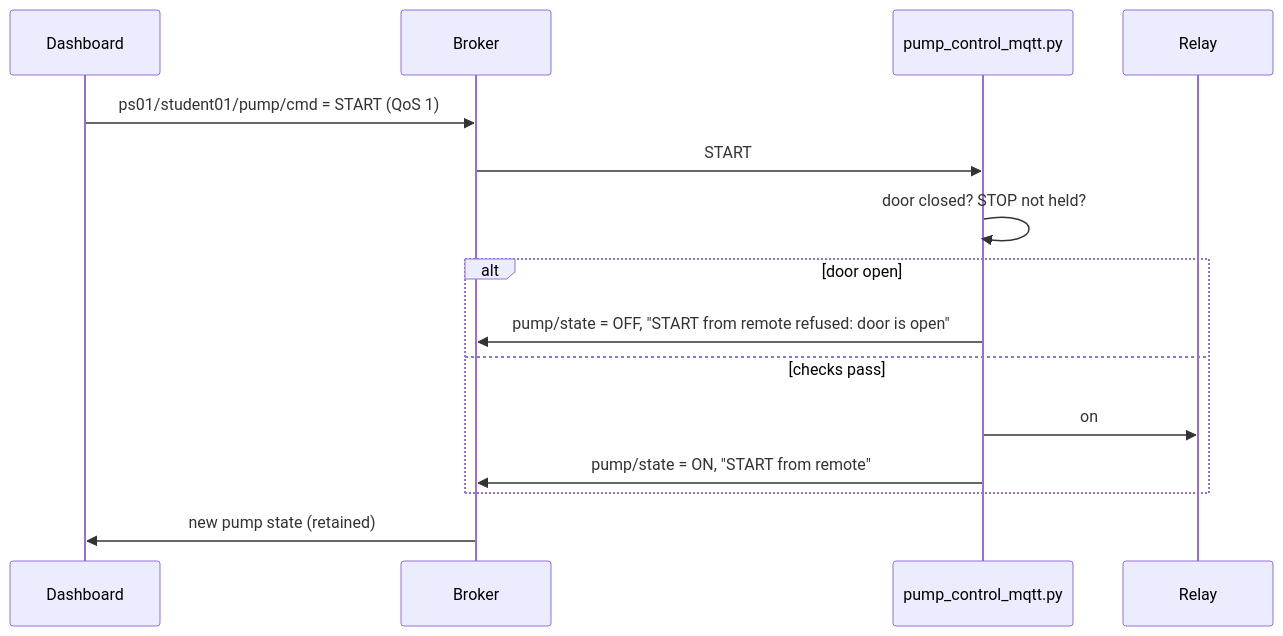
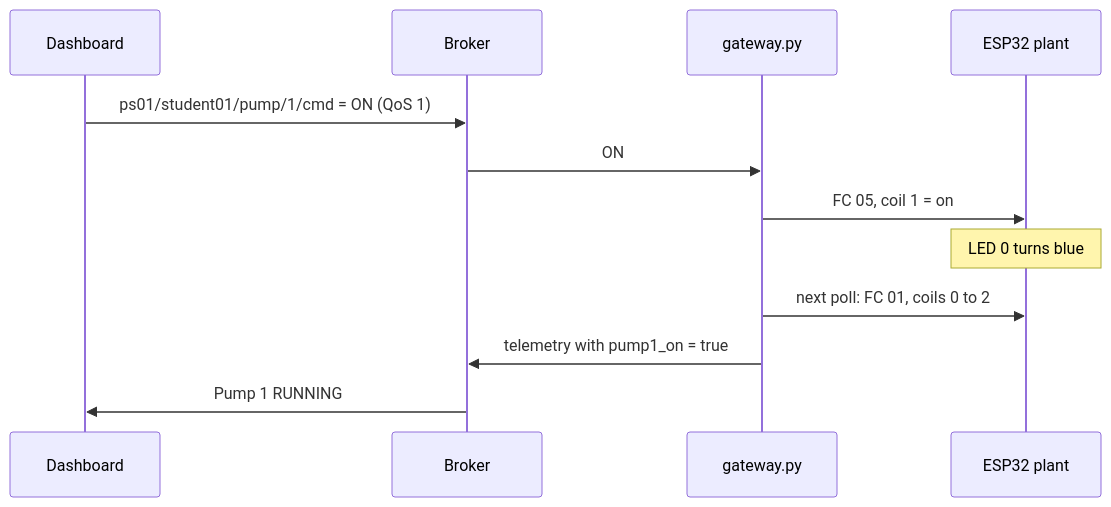
Before and after one commit to luqmanyusof/industrial-iot-raspberry-pi: the sixth of 6 diagrams in day2.md, drawn with Mermaid. The commit also changed other lines of this file and 34 other files, not shown here.

First line of the commit message:
Basic MQTT, Node-RED pump controls built by hand, GPIO basics on Day 1

````diff
--- a/day2.md
+++ b/day2.md
@@ -861,17 +742,14 @@
 ```mermaid
 sequenceDiagram
     participant D as Dashboard
     participant B as Broker
-    participant P as pump_control_mqtt.py
-    participant R as Relay
-    D->>B: ps01/student01/pump/cmd = START (QoS 1)
-    B->>P: START
-    P->>P: door closed? STOP not held?
-    alt door open
-        P->>B: pump/state = OFF, "START from remote refused: door is open"
-    else checks pass
-        P->>R: on
-        P->>B: pump/state = ON, "START from remote"
-    end
-    B->>D: new pump state (retained)
+    participant G as gateway.py
+    participant P as ESP32 plant
+    D->>B: ps01/student01/pump/1/cmd = ON (QoS 1)
+    B->>G: ON
+    G->>P: FC 05, coil 1 = on
+    Note over P: LED 0 turns blue
+    G->>P: next poll: FC 01, coils 0 to 2
+    G->>B: telemetry with pump1_on = true
+    B->>D: Pump 1 RUNNING
 ```
````
